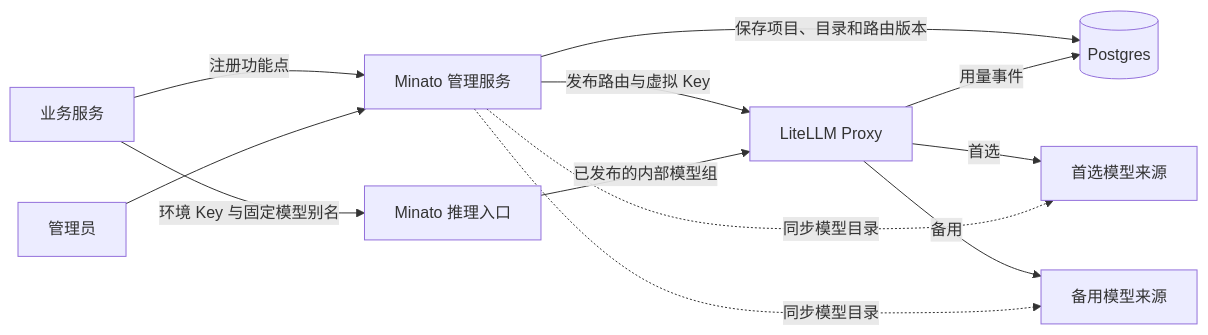
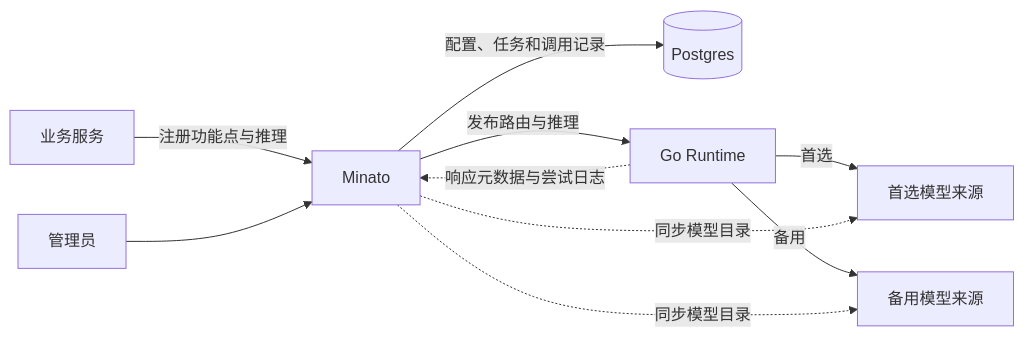
Before and after one commit to rquanx/minato: the diagram in docs/design.md, drawn with Mermaid. The commit also changed other lines of this file and 8 other files, not shown here.

````diff
--- a/docs/design.md
+++ b/docs/design.md
@@ -9,14 +9,12 @@
 ```mermaid
 flowchart LR
-    App[业务服务] -->|注册功能点| Manager[Minato 管理服务]
-    Admin[管理员] --> Manager
-    Manager -->|保存项目、目录和路由版本| DB[(Postgres)]
-    Manager -->|发布路由与虚拟 Key| Proxy[LiteLLM Proxy]
-    App -->|环境 Key 与固定模型别名| Ingress[Minato 推理入口]
-    Ingress -->|已发布的内部模型组| Proxy
+    App[业务服务] -->|注册功能点与推理| Minato[Minato]
+    Admin[管理员] --> Minato
+    Minato -->|配置、任务和调用记录| DB[(Postgres)]
+    Minato -->|发布路由与推理| Proxy[Go Runtime]
     Proxy -->|首选| Primary[首选模型来源]
     Proxy -->|备用| Backup[备用模型来源]
-    Manager -.->|同步模型目录| Primary
-    Manager -.->|同步模型目录| Backup
-    Proxy -->|用量事件| DB
+    Minato -.->|同步模型目录| Primary
+    Minato -.->|同步模型目录| Backup
+    Proxy -.->|响应元数据与尝试日志| Minato
 ```
````
